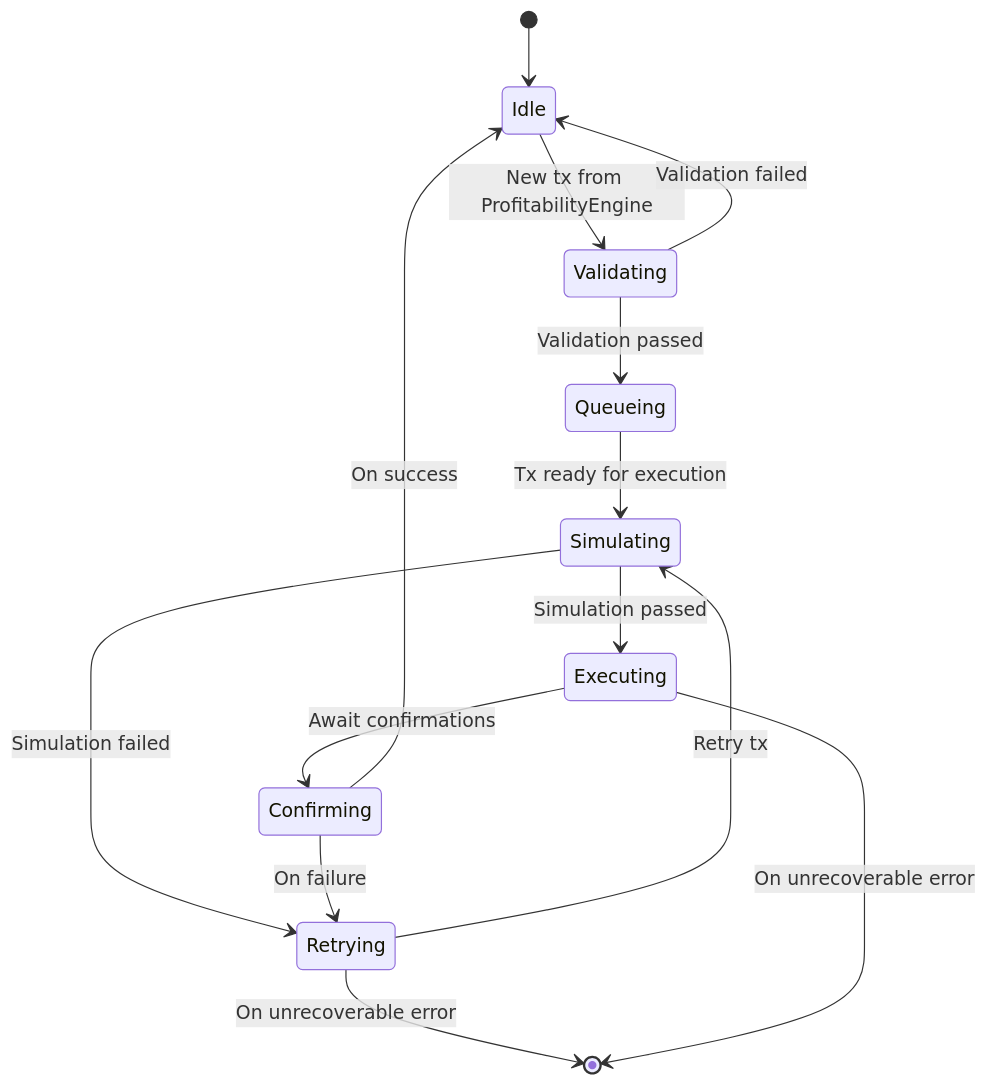
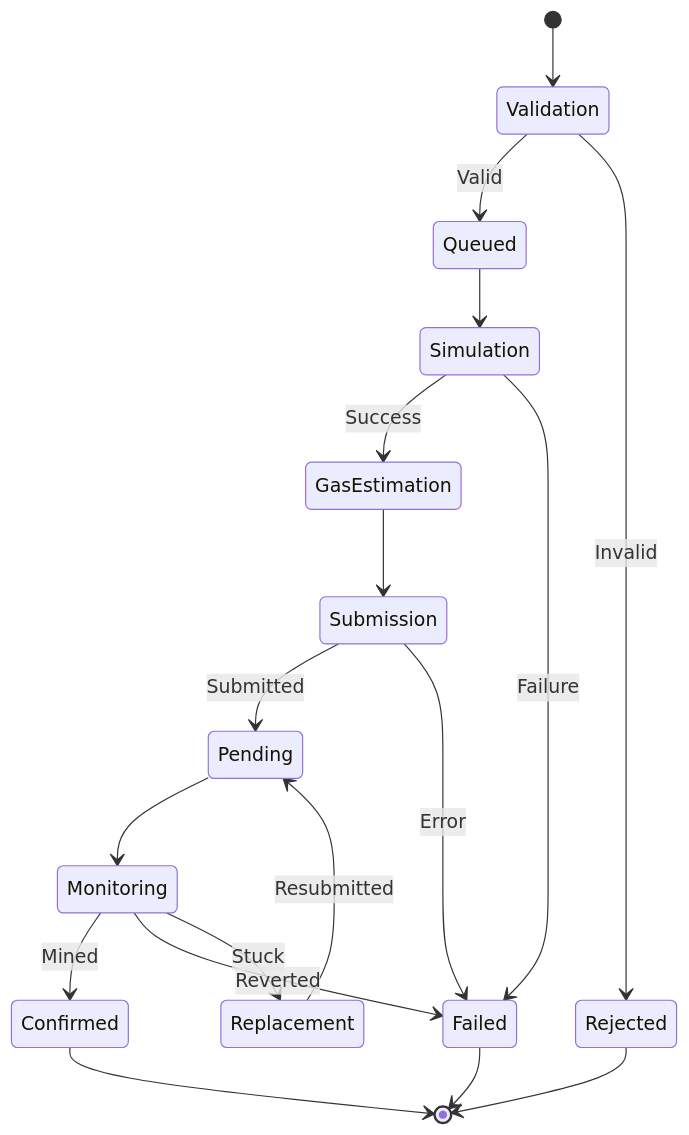
One commit to ScopeLift/staker-bots changed the second of 6 diagrams in src/executor/README.md. Above: the diagram before and after it, drawn with Mermaid. The commit also changed other lines of this file and 11 other files, not shown here.

````diff
--- a/src/executor/README.md
+++ b/src/executor/README.md
@@ -135,16 +70,25 @@
 ```mermaid
 stateDiagram-v2
-    [*] --> Idle
-    Idle --> Validating: New tx from ProfitabilityEngine
-    Validating --> Queueing: Validation passed
-    Validating --> Idle: Validation failed
-    Queueing --> Simulating: Tx ready for execution
-    Simulating --> Executing: Simulation passed
-    Simulating --> Retrying: Simulation failed
-    Executing --> Confirming: Await confirmations
-    Confirming --> Idle: On success
-    Confirming --> Retrying: On failure
-    Retrying --> Simulating: Retry tx
-    Retrying --> [*]: On unrecoverable error
-    Executing --> [*]: On unrecoverable error
+    [*] --> Validation
+    Validation --> Queued: Valid
+    Validation --> Rejected: Invalid
+    
+    Queued --> Simulation
+    Simulation --> GasEstimation: Success
+    Simulation --> Failed: Failure
+    
+    GasEstimation --> Submission
+    Submission --> Pending: Submitted
+    Submission --> Failed: Error
+    
+    Pending --> Monitoring
+    Monitoring --> Confirmed: Mined
+    Monitoring --> Failed: Reverted
+    Monitoring --> Replacement: Stuck
+    
+    Replacement --> Pending: Resubmitted
+    
+    Confirmed --> [*]
+    Failed --> [*]
+    Rejected --> [*]
 ```
````
